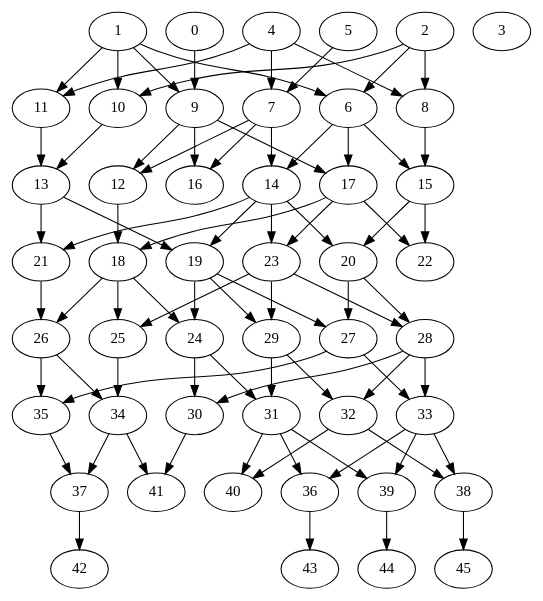
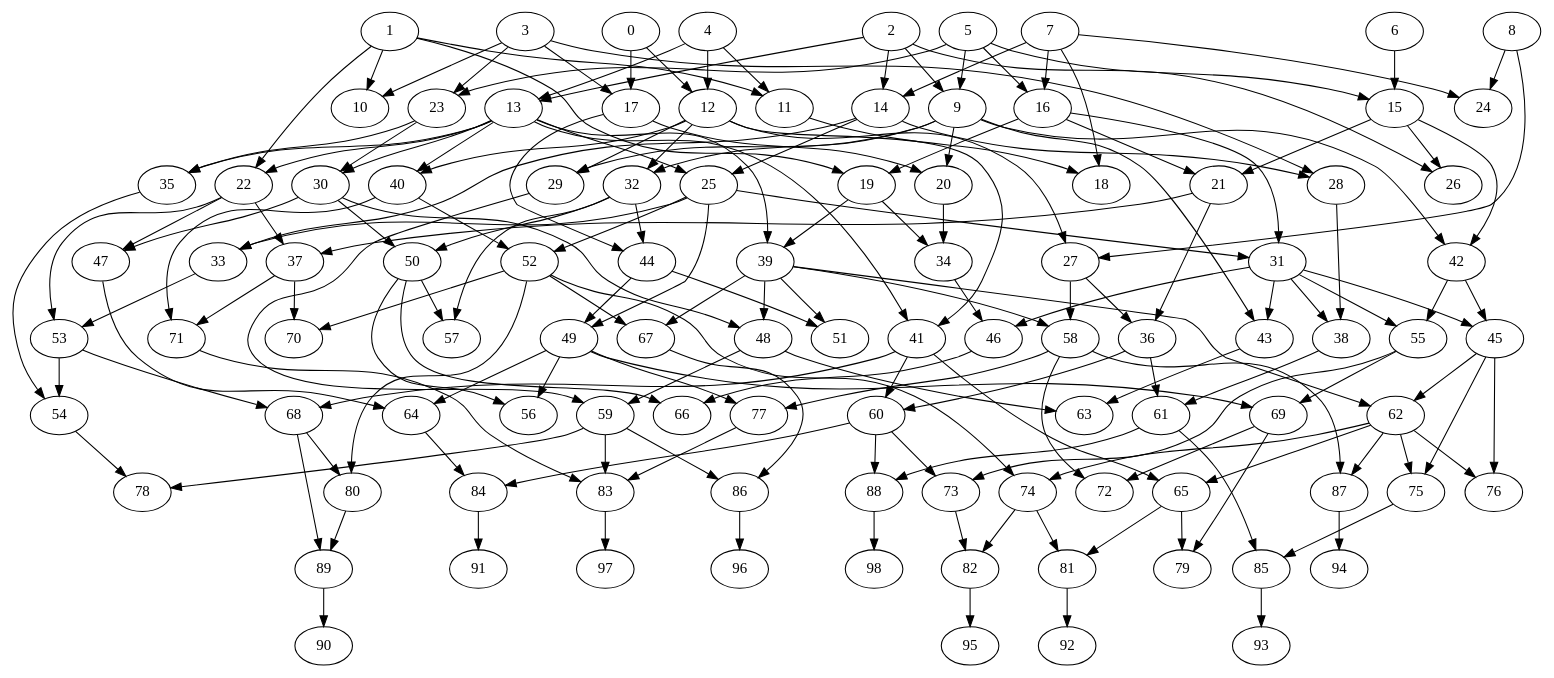
One commit to Ajax12345/protestGP changed the diagram in test.dot. Above: the diagram before and after it, drawn with Graphviz. The commit also changed 3 other files, not shown here.

```diff
--- a/test.dot
+++ b/test.dot
@@ -1,124 +1,273 @@
 strict digraph "" {
 	0	[layer=1];
-	9	[layer=2];
-	0 -> 9;
+	12	[layer=2];
+	0 -> 12;
+	17	[layer=2];
+	0 -> 17;
 	1	[layer=1];
-	6	[layer=2];
-	1 -> 6;
-	1 -> 9;
 	10	[layer=2];
 	1 -> 10;
 	11	[layer=2];
 	1 -> 11;
+	19	[layer=3];
+	1 -> 19;
+	22	[layer=3];
+	1 -> 22;
 	2	[layer=1];
-	2 -> 6;
-	8	[layer=2];
-	2 -> 8;
-	2 -> 10;
+	9	[layer=2];
+	2 -> 9;
+	13	[layer=2];
+	2 -> 13;
+	14	[layer=2];
+	2 -> 14;
+	26	[layer=3];
+	2 -> 26;
 	3	[layer=1];
+	3 -> 10;
+	3 -> 17;
+	23	[layer=2];
+	3 -> 23;
+	28	[layer=3];
+	3 -> 28;
 	4	[layer=1];
-	7	[layer=2];
-	4 -> 7;
-	4 -> 8;
 	4 -> 11;
+	4 -> 12;
+	4 -> 13;
 	5	[layer=1];
-	5 -> 7;
-	14	[layer=3];
-	6 -> 14;
-	15	[layer=3];
+	5 -> 9;
+	15	[layer=2];
+	5 -> 15;
+	16	[layer=2];
+	5 -> 16;
+	5 -> 23;
+	6	[layer=1];
 	6 -> 15;
-	17	[layer=3];
-	6 -> 17;
-	12	[layer=3];
-	7 -> 12;
+	7	[layer=1];
 	7 -> 14;
-	16	[layer=3];
 	7 -> 16;
-	8 -> 15;
-	9 -> 12;
-	9 -> 16;
-	9 -> 17;
-	13	[layer=3];
-	10 -> 13;
-	11 -> 13;
-	18	[layer=4];
-	12 -> 18;
-	19	[layer=4];
-	13 -> 19;
-	21	[layer=4];
-	13 -> 21;
-	14 -> 19;
-	20	[layer=4];
-	14 -> 20;
-	14 -> 21;
-	23	[layer=4];
-	14 -> 23;
-	15 -> 20;
-	22	[layer=4];
-	15 -> 22;
-	17 -> 18;
-	17 -> 22;
-	17 -> 23;
-	24	[layer=5];
-	18 -> 24;
-	25	[layer=5];
-	18 -> 25;
-	26	[layer=5];
-	18 -> 26;
-	19 -> 24;
-	27	[layer=5];
-	19 -> 27;
-	29	[layer=5];
-	19 -> 29;
-	20 -> 27;
-	28	[layer=5];
-	20 -> 28;
-	21 -> 26;
-	23 -> 25;
-	23 -> 28;
-	23 -> 29;
-	30	[layer=6];
-	24 -> 30;
-	31	[layer=6];
-	24 -> 31;
-	34	[layer=6];
-	25 -> 34;
-	26 -> 34;
-	35	[layer=6];
-	26 -> 35;
-	33	[layer=6];
-	27 -> 33;
-	27 -> 35;
-	28 -> 30;
-	32	[layer=6];
-	28 -> 32;
-	28 -> 33;
-	29 -> 31;
-	29 -> 32;
-	41	[layer=7];
-	30 -> 41;
-	36	[layer=7];
-	31 -> 36;
-	39	[layer=7];
-	31 -> 39;
-	40	[layer=7];
-	31 -> 40;
-	38	[layer=7];
-	32 -> 38;
-	32 -> 40;
-	33 -> 36;
-	33 -> 38;
-	33 -> 39;
-	37	[layer=7];
-	34 -> 37;
-	34 -> 41;
-	35 -> 37;
-	43	[layer=8];
-	36 -> 43;
-	42	[layer=8];
-	37 -> 42;
-	45	[layer=8];
-	38 -> 45;
-	44	[layer=8];
-	39 -> 44;
+	24	[layer=2];
+	7 -> 24;
+	18	[layer=3];
+	7 -> 18;
+	8	[layer=1];
+	8 -> 24;
+	27	[layer=3];
+	8 -> 27;
+	20	[layer=3];
+	9 -> 20;
+	29	[layer=3];
+	9 -> 29;
+	32	[layer=3];
+	9 -> 32;
+	42	[layer=3];
+	9 -> 42;
+	43	[layer=5];
+	9 -> 43;
+	11 -> 18;
+	12 -> 27;
+	12 -> 29;
+	12 -> 32;
+	40	[layer=3];
+	12 -> 40;
+	41	[layer=3];
+	12 -> 41;
+	13 -> 22;
+	25	[layer=3];
+	13 -> 25;
+	30	[layer=3];
+	13 -> 30;
+	35	[layer=3];
+	13 -> 35;
+	13 -> 40;
+	13 -> 41;
+	39	[layer=4];
+	13 -> 39;
+	14 -> 25;
+	14 -> 28;
+	33	[layer=4];
+	14 -> 33;
+	21	[layer=3];
+	15 -> 21;
+	15 -> 26;
+	15 -> 42;
+	16 -> 19;
+	16 -> 21;
+	31	[layer=4];
+	16 -> 31;
+	17 -> 20;
+	44	[layer=4];
+	17 -> 44;
+	23 -> 30;
+	23 -> 35;
+	34	[layer=4];
+	19 -> 34;
+	19 -> 39;
+	20 -> 34;
+	36	[layer=4];
+	21 -> 36;
+	37	[layer=4];
+	21 -> 37;
+	22 -> 37;
+	47	[layer=4];
+	22 -> 47;
+	53	[layer=5];
+	22 -> 53;
+	25 -> 31;
+	25 -> 33;
+	52	[layer=4];
+	25 -> 52;
+	49	[layer=5];
+	25 -> 49;
+	27 -> 36;
+	58	[layer=5];
+	27 -> 58;
+	38	[layer=5];
+	28 -> 38;
+	59	[layer=6];
+	29 -> 59;
+	30 -> 47;
+	50	[layer=4];
+	30 -> 50;
+	48	[layer=5];
+	30 -> 48;
+	32 -> 44;
+	32 -> 50;
+	57	[layer=5];
+	32 -> 57;
+	54	[layer=6];
+	35 -> 54;
+	40 -> 52;
+	71	[layer=5];
+	40 -> 71;
+	60	[layer=5];
+	41 -> 60;
+	68	[layer=6];
+	41 -> 68;
+	65	[layer=7];
+	41 -> 65;
+	45	[layer=5];
+	42 -> 45;
+	55	[layer=5];
+	42 -> 55;
+	31 -> 38;
+	31 -> 43;
+	31 -> 45;
+	46	[layer=5];
+	31 -> 46;
+	31 -> 55;
+	33 -> 53;
+	34 -> 46;
+	36 -> 60;
+	61	[layer=6];
+	36 -> 61;
+	70	[layer=5];
+	37 -> 70;
+	37 -> 71;
+	39 -> 48;
+	51	[layer=5];
+	39 -> 51;
+	39 -> 58;
+	67	[layer=5];
+	39 -> 67;
+	62	[layer=6];
+	39 -> 62;
+	44 -> 49;
+	44 -> 51;
+	64	[layer=6];
+	47 -> 64;
+	50 -> 57;
+	56	[layer=6];
+	50 -> 56;
+	66	[layer=6];
+	50 -> 66;
+	52 -> 67;
+	52 -> 70;
+	74	[layer=7];
+	52 -> 74;
+	80	[layer=7];
+	52 -> 80;
+	38 -> 61;
+	63	[layer=6];
+	43 -> 63;
+	45 -> 62;
+	75	[layer=7];
+	45 -> 75;
+	76	[layer=7];
+	45 -> 76;
+	46 -> 66;
+	48 -> 59;
+	48 -> 63;
+	49 -> 56;
+	49 -> 64;
+	69	[layer=6];
+	49 -> 69;
+	77	[layer=6];
+	49 -> 77;
+	53 -> 54;
+	53 -> 68;
+	55 -> 69;
+	73	[layer=6];
+	55 -> 73;
+	58 -> 77;
+	72	[layer=7];
+	58 -> 72;
+	87	[layer=7];
+	58 -> 87;
+	60 -> 73;
+	84	[layer=7];
+	60 -> 84;
+	88	[layer=7];
+	60 -> 88;
+	86	[layer=7];
+	67 -> 86;
+	83	[layer=7];
+	71 -> 83;
+	78	[layer=7];
+	54 -> 78;
+	59 -> 78;
+	59 -> 83;
+	59 -> 86;
+	61 -> 88;
+	85	[layer=8];
+	61 -> 85;
+	62 -> 65;
+	62 -> 74;
+	62 -> 75;
+	62 -> 76;
+	62 -> 87;
+	64 -> 84;
+	68 -> 80;
+	89	[layer=8];
+	68 -> 89;
+	69 -> 72;
+	79	[layer=8];
+	69 -> 79;
+	82	[layer=8];
+	73 -> 82;
+	77 -> 83;
+	65 -> 79;
+	81	[layer=8];
+	65 -> 81;
+	74 -> 81;
+	74 -> 82;
+	75 -> 85;
+	80 -> 89;
+	97	[layer=9];
+	83 -> 97;
+	91	[layer=9];
+	84 -> 91;
+	96	[layer=9];
+	86 -> 96;
+	94	[layer=9];
+	87 -> 94;
+	98	[layer=9];
+	88 -> 98;
+	92	[layer=9];
+	81 -> 92;
+	95	[layer=9];
+	82 -> 95;
+	93	[layer=9];
+	85 -> 93;
+	90	[layer=9];
+	89 -> 90;
 }
```
